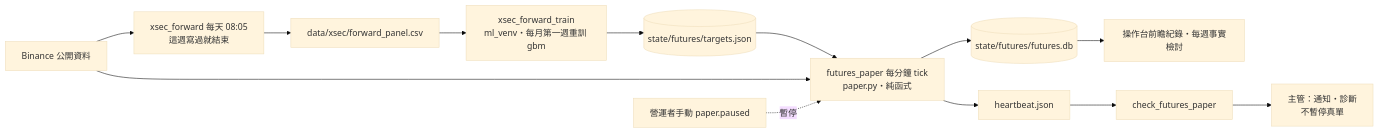
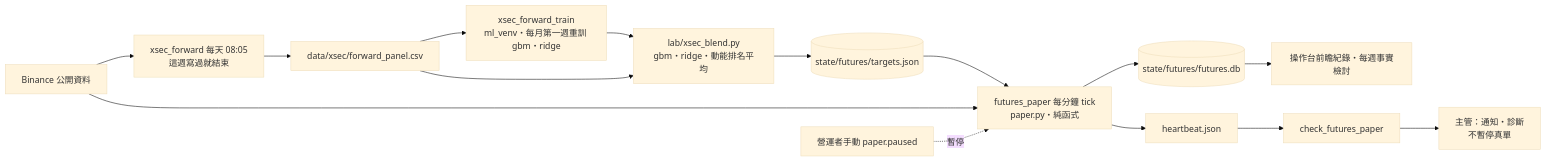
The fourth of 6 diagrams in docs/ARCHITECTURE.md (ShanHugo/Crypto_agent), drawn with Mermaid (base theme) before and after one commit. The commit also changed other lines of this file and 12 other files, not shown here.

First line of the commit message:
Forward simulation runs blend instead of gbm alone

````diff
--- a/docs/ARCHITECTURE.md
+++ b/docs/ARCHITECTURE.md
@@ -301,15 +301,17 @@
 ```mermaid
 flowchart LR
   API[Binance 公開資料] --> W[xsec_forward 每天 08:05<br/>這週寫過就結束]
   W --> CSV[data/xsec/forward_panel.csv]
-  CSV --> T[xsec_forward_train<br/>ml_venv・每月第一週重訓 gbm]
-  T --> TGT[(state/futures/targets.json)]
+  CSV --> T[xsec_forward_train<br/>ml_venv・每月第一週重訓 gbm・ridge]
+  T --> BL[lab/xsec_blend.py<br/>gbm・ridge・動能排名平均]
+  CSV --> BL
+  BL --> TGT[(state/futures/targets.json)]
   TGT --> TICK[futures_paper 每分鐘 tick<br/>paper.py・純函式]
   API --> TICK
   TICK --> DB[(state/futures/futures.db)]
   TICK --> HB[heartbeat.json]
   DB --> C[操作台前瞻紀錄・每週事實檢討]
   HB --> H[check_futures_paper]
   H --> SUP[主管：通知・診斷<br/>不暫停真單]
   OP[營運者手動 paper.paused] -. 暫停 .-> TICK
 ```
````
